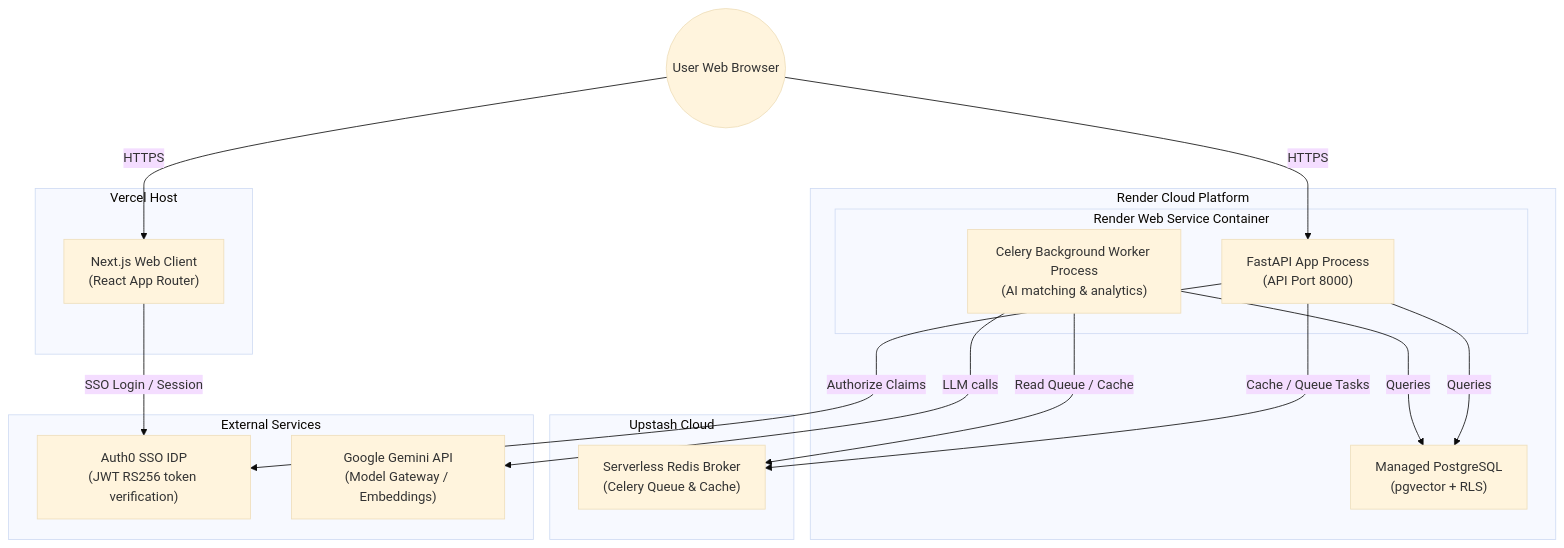
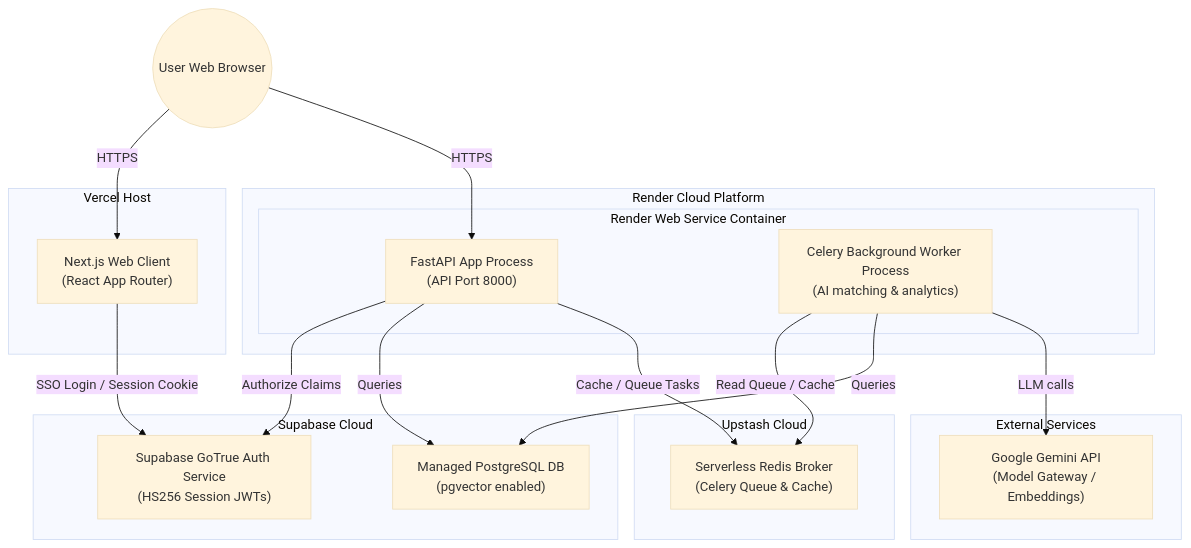
Before and after one commit to hkachhawaha/Cost-Intelligence: the diagram in Docs/Deployment Guide.md, drawn with Mermaid (base theme). The commit also changed other lines of this file and 23 other files, not shown here.

Commit message:
feat: Migrate to Supabase Auth & DB, add LLM & cost settings, fix left nav URL tracking and add structured logging

````diff
--- a/Docs/Deployment Guide.md
+++ b/Docs/Deployment Guide.md
@@ -9,34 +9,37 @@
 ```mermaid
 graph TB
     subgraph Frontend ["Vercel Host"]
         NextJS["Next.js Web Client<br/>(React App Router)"]
     end
 
     subgraph Backend ["Render Cloud Platform"]
         subgraph WebService ["Render Web Service Container"]
             FastAPI["FastAPI App Process<br/>(API Port 8000)"]
             CeleryWorker["Celery Background Worker Process<br/>(AI matching & analytics)"]
         end
-        Postgres["Managed PostgreSQL<br/>(pgvector + RLS)"]
+    end
+
+    subgraph Datastore ["Supabase Cloud"]
+        Postgres["Managed PostgreSQL DB<br/>(pgvector enabled)"]
+        SupabaseAuth["Supabase GoTrue Auth Service<br/>(HS256 Session JWTs)"]
     end
 
     subgraph RedisProvider ["Upstash Cloud"]
         Redis["Serverless Redis Broker<br/>(Celery Queue & Cache)"]
     end
 
     subgraph IDP ["External Services"]
-        Auth0["Auth0 SSO IDP<br/>(JWT RS256 token verification)"]
         Gemini["Google Gemini API<br/>(Model Gateway / Embeddings)"]
     end
 
     %% Flow lines
     User((User Web Browser)) -->|HTTPS| NextJS
     User -->|HTTPS| FastAPI
-    NextJS -->|SSO Login / Session| Auth0
-    FastAPI -->|Authorize Claims| Auth0
+    NextJS -->|SSO Login / Session Cookie| SupabaseAuth
+    FastAPI -->|Authorize Claims| SupabaseAuth
     FastAPI -->|Queries| Postgres
     FastAPI -->|Cache / Queue Tasks| Redis
     CeleryWorker -->|Read Queue / Cache| Redis
     CeleryWorker -->|Queries| Postgres
     CeleryWorker -->|LLM calls| Gemini
 ```
````
